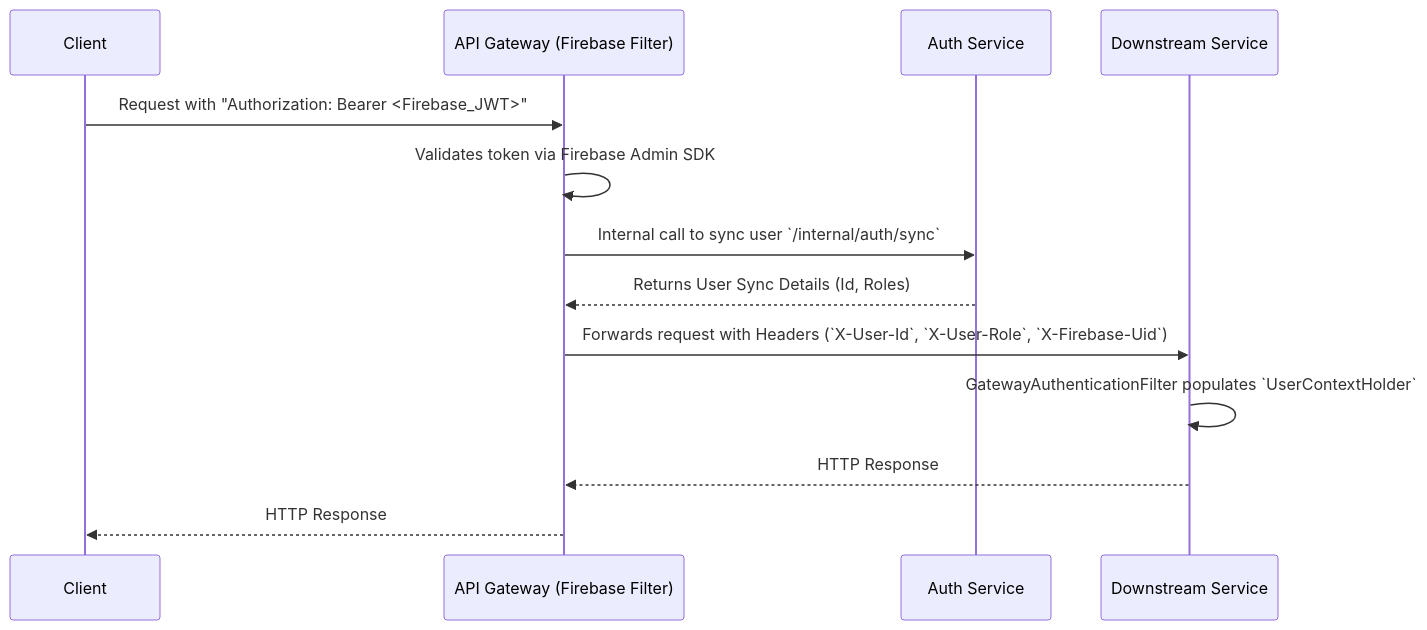
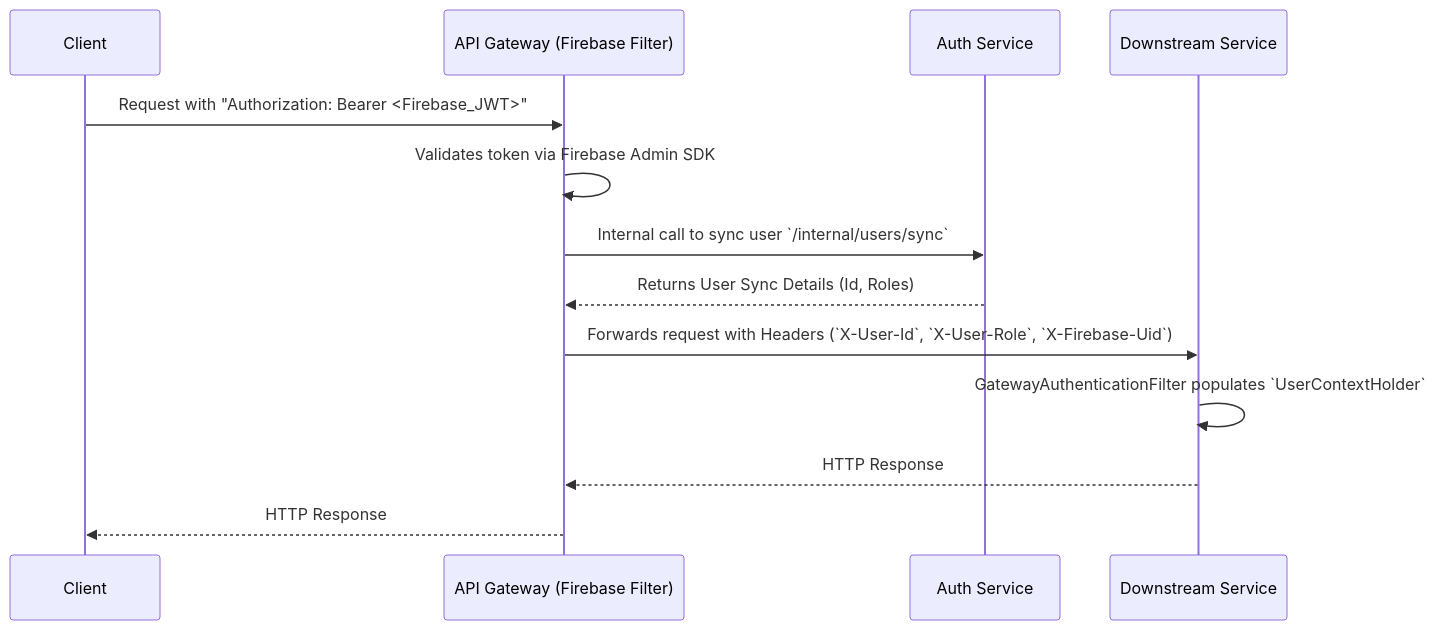
Before and after one commit to prakashh45/washgo-backend: the second of 2 diagrams in docs/README.md, drawn with Mermaid. The commit also changed other lines of this file and 21 other files, not shown here.

````diff
--- a/docs/README.md
+++ b/docs/README.md
@@ -105,16 +104,16 @@
 ```mermaid
 sequenceDiagram
     participant Client
     participant Gateway as API Gateway (Firebase Filter)
     participant Auth as Auth Service
     participant Service as Downstream Service
     
     Client->>Gateway: Request with "Authorization: Bearer <Firebase_JWT>"
     Gateway->>Gateway: Validates token via Firebase Admin SDK
-    Gateway->>Auth: Internal call to sync user `/internal/auth/sync`
+    Gateway->>Auth: Internal call to sync user `/internal/users/sync`
     Auth-->>Gateway: Returns User Sync Details (Id, Roles)
     Gateway->>Service: Forwards request with Headers (`X-User-Id`, `X-User-Role`, `X-Firebase-Uid`)
     Service->>Service: GatewayAuthenticationFilter populates `UserContextHolder`
     Service-->>Gateway: HTTP Response
     Gateway-->>Client: HTTP Response
 ```
````
